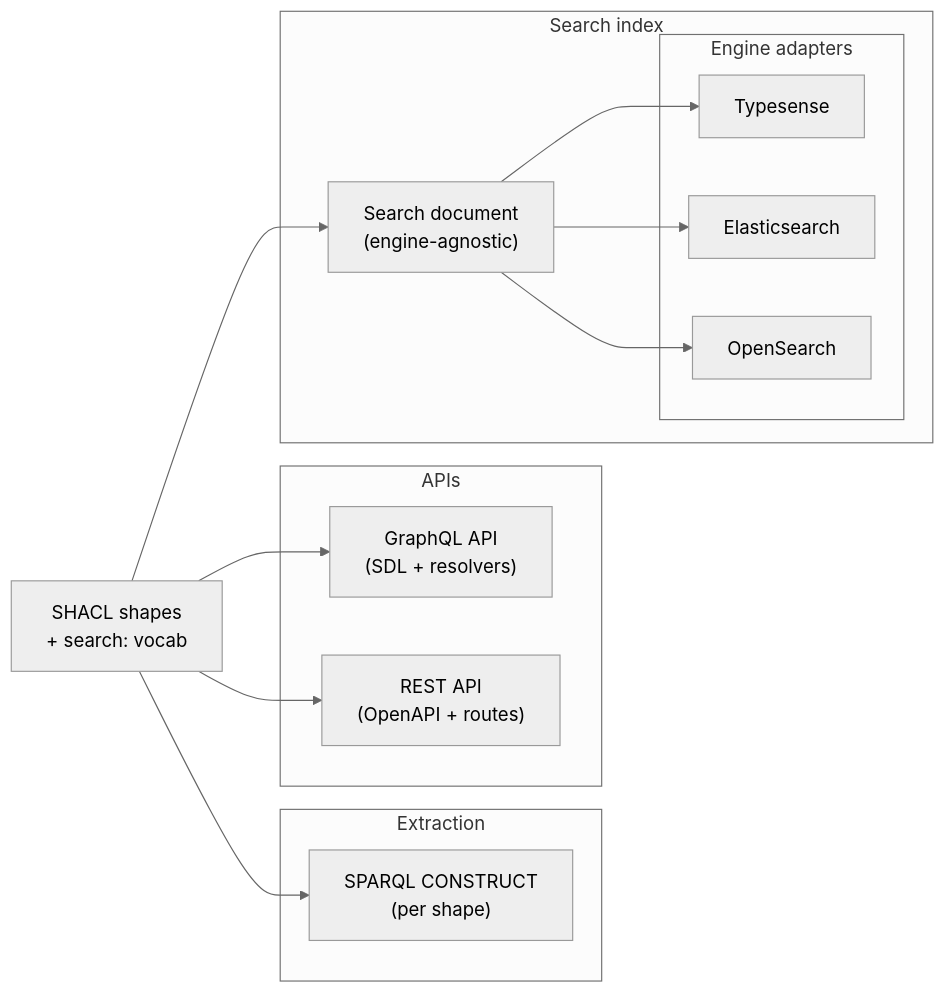
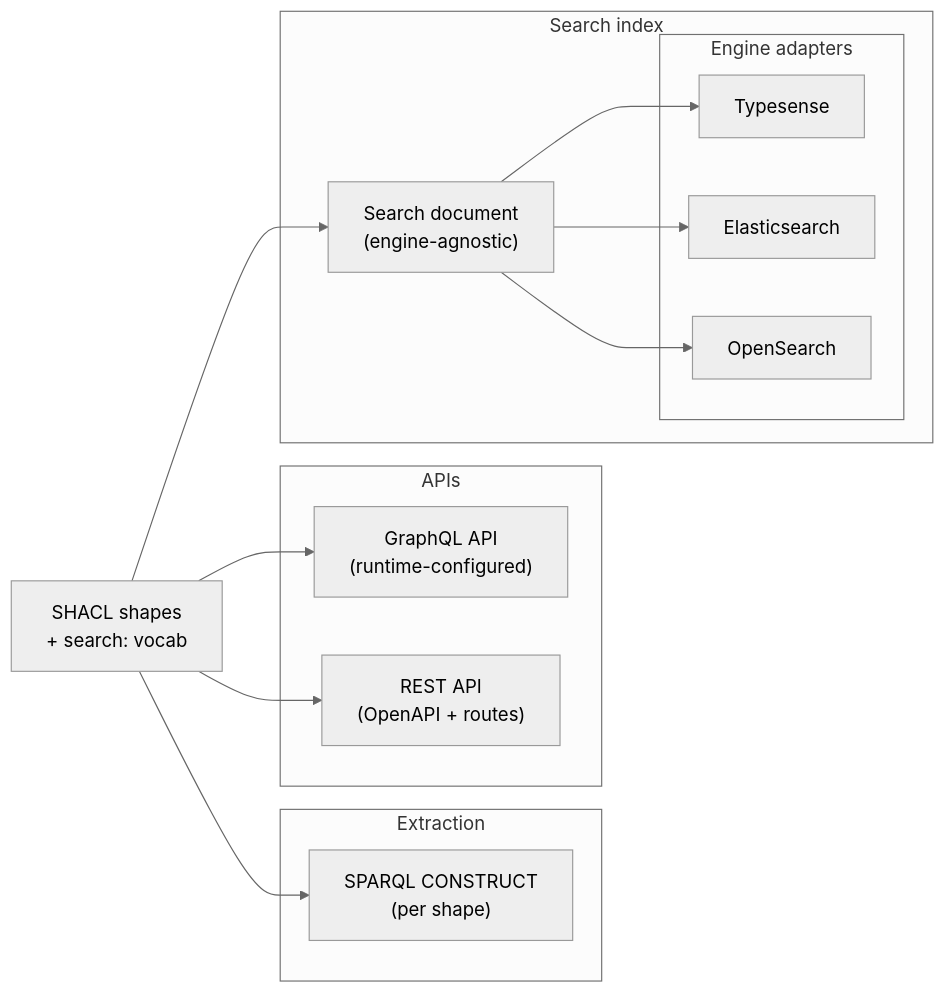
The diagram in docs/stack/layers/platform.md (netwerk-digitaal-erfgoed/netwerk-digitaal-erfgoed.github.io), drawn with Mermaid (neutral theme) before and after one commit. The commit also changed other lines of this file, not shown here.

First line of the commit message:
docs(stack): reconcile Search APIs with the Dataset Register search-API ADRs (#120)

````diff
--- a/docs/stack/layers/platform.md
+++ b/docs/stack/layers/platform.md
@@ -79,29 +79,29 @@
 ```mermaid
 flowchart LR
     A["SHACL shapes<br/>+ search: vocab"]
 
     subgraph Extraction ["Extraction"]
         D["SPARQL CONSTRUCT<br/>(per shape)"]
     end
     A --> D
 
     subgraph APIs ["APIs"]
-        B["GraphQL API<br/>(SDL + resolvers)"]
+        B["GraphQL API<br/>(runtime-configured)"]
         C["REST API<br/>(OpenAPI + routes)"]
     end
     A --> B
     A --> C
 
     subgraph Index ["Search index"]
         E["Search document<br/>(engine-agnostic)"]
         subgraph Adapters ["Engine adapters"]
             F["Typesense"]
             G["Elasticsearch"]
             I["OpenSearch"]
         end
         E --> F
         E --> G
         E --> I
     end
     A --> E
 ```
````
